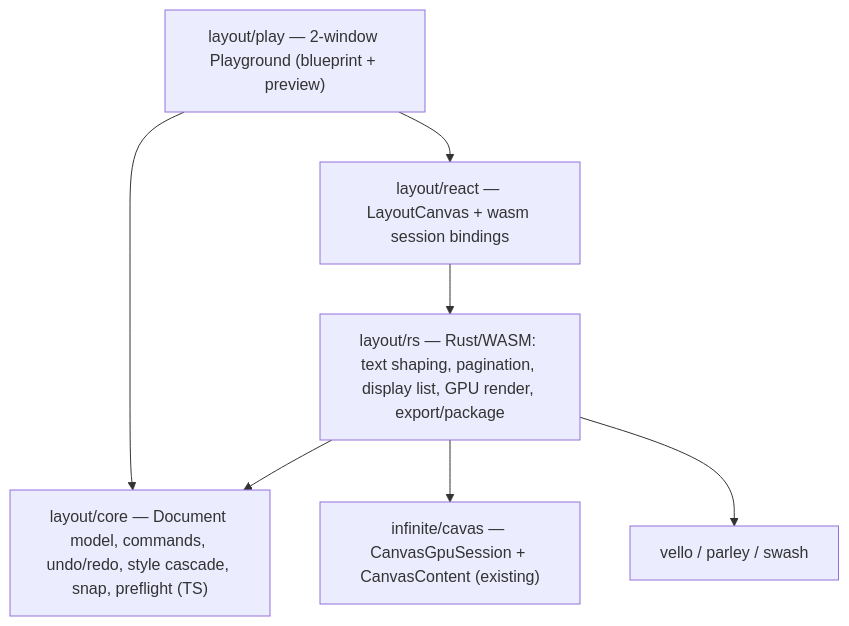
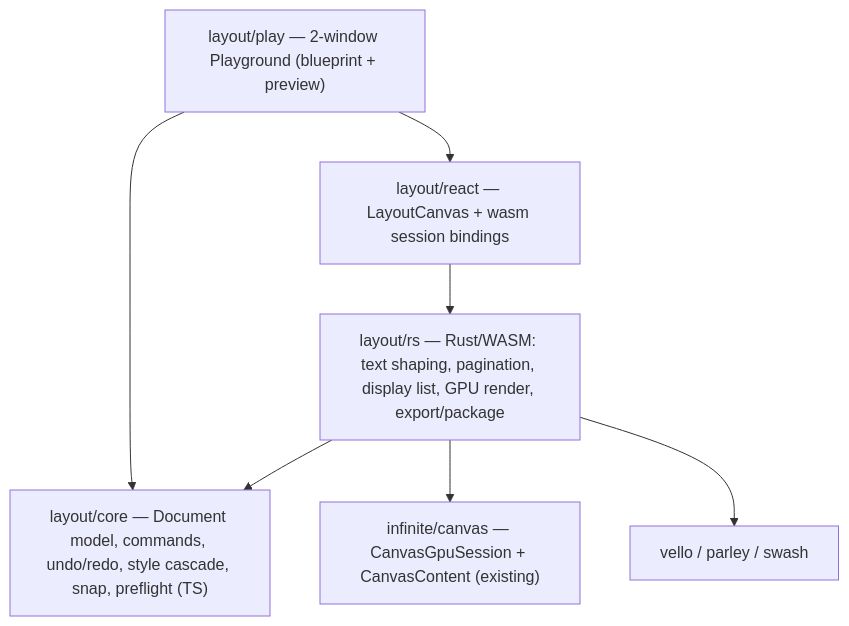
The first of 2 diagrams in .🦑️repo/🎫️tickets/🎆️26/🌙️07/☀️02/LAYOUT-TECHNOLOGY-PLAYGROUND/layout_technology_playground_909ea83f.plan.md (usalu/semio), drawn with Mermaid before and after one commit. The commit also changed other lines of this file and 578 other files, not shown here.

````diff
--- a/.🦑️repo/🎫️tickets/🎆️26/🌙️07/☀️02/LAYOUT-TECHNOLOGY-PLAYGROUND/layout_technology_playground_909ea83f.plan.md
+++ b/.🦑️repo/🎫️tickets/🎆️26/🌙️07/☀️02/LAYOUT-TECHNOLOGY-PLAYGROUND/layout_technology_playground_909ea83f.plan.md
@@ -41,15 +41,15 @@
 ```mermaid
 flowchart TD
   Play["layout/play — 2-window Playground (blueprint + preview)"]
   React["layout/react — LayoutCanvas + wasm session bindings"]
   Core["layout/core — Document model, commands, undo/redo, style cascade, snap, preflight (TS)"]
   Engine["layout/rs — Rust/WASM: text shaping, pagination, display list, GPU render, export/package"]
-  Cavas["infinite/cavas — CanvasGpuSession + CanvasContent (existing)"]
+  Canvas["infinite/canvas — CanvasGpuSession + CanvasContent (existing)"]
   Vello["vello / parley / swash"]
 
   Play --> React --> Engine
   Play --> Core
   Engine --> Core
-  Engine --> Cavas
+  Engine --> Canvas
   Engine --> Vello
 ```
````
